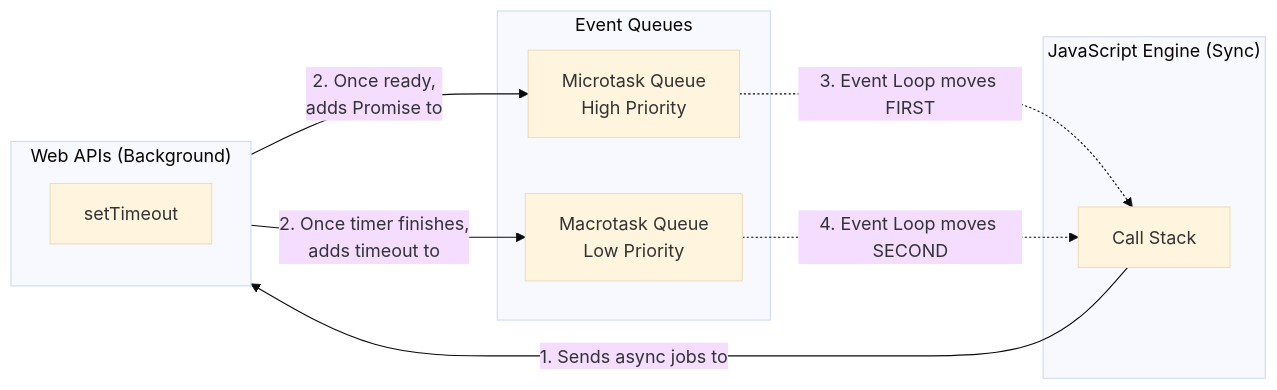
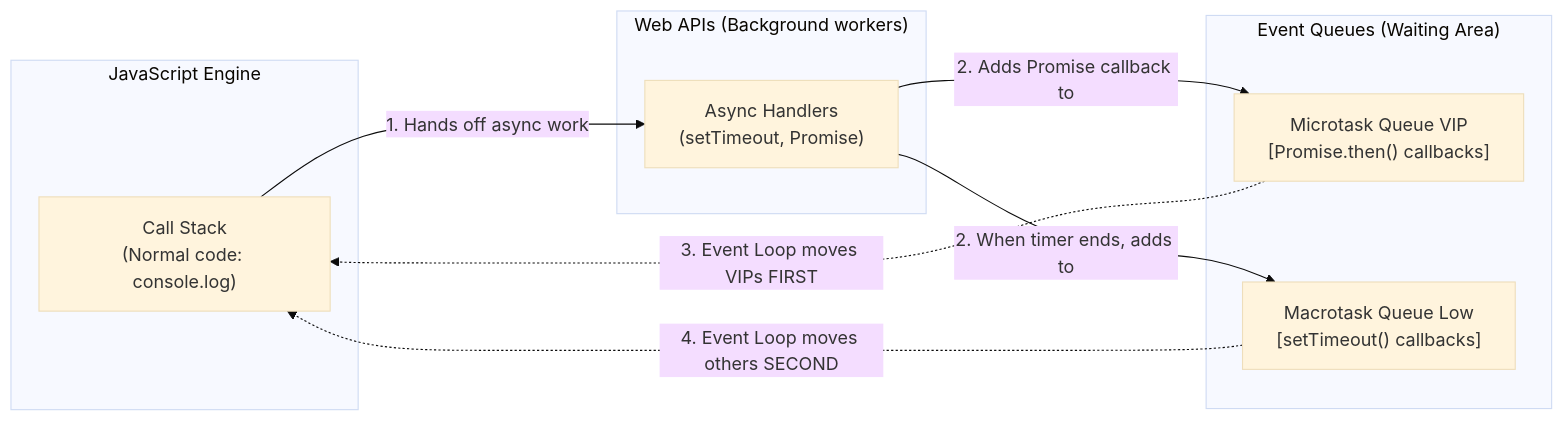
Before and after one commit to moideen-mashad/JavaScript-Event-Loop-Basics: the diagram in README.md, drawn with Mermaid (base theme). The commit also changed other lines of this file, not shown here.

Commit message:
JavaScript Event Loop Basics

````diff
--- a/README.md
+++ b/README.md
@@ -25,22 +25,22 @@
 ```mermaid
 flowchart LR
-    subgraph Engine["JavaScript Engine (Sync)"]
-        Stack[Call Stack]
+    subgraph Engine["JavaScript Engine"]
+        Stack["Call Stack<br/>(Normal code: console.log)"]
     end
 
-    subgraph Browser["Web APIs (Background)"]
-        Timer[setTimeout]
+    subgraph Browser["Web APIs (Background workers)"]
+        AsyncTasks["Async Handlers<br/>(setTimeout, Promise)"]
     end
 
-    subgraph Memory["Event Queues"]
-        Micro[Microtask Queue<br/> High Priority]
-        Macro[Macrotask Queue<br/> Low Priority]
+    subgraph Memory["Event Queues (Waiting Area)"]
+        Micro["Microtask Queue VIP<br/>[Promise.then() callbacks]"]
+        Macro["Macrotask Queue Low<br/>[setTimeout() callbacks]"]
     end
 
-    Stack --"1. Sends async jobs to"--> Browser
-    Browser --"2. Once ready,<br/>adds Promise to"--> Micro
-    Browser --"2. Once timer finishes,<br/>adds timeout to"--> Macro
+    Stack --"1. Hands off async work"--> AsyncTasks
+    AsyncTasks --"2. Adds Promise callback to"--> Micro
+    AsyncTasks --"2. When timer ends, adds to"--> Macro
 
-    Micro -."3. Event Loop moves FIRST".-> Stack
-    Macro -."4. Event Loop moves SECOND".-> Stack
+    Micro -."3. Event Loop moves VIPs FIRST".-> Stack
+    Macro -."4. Event Loop moves others SECOND".-> Stack
 ```
````
